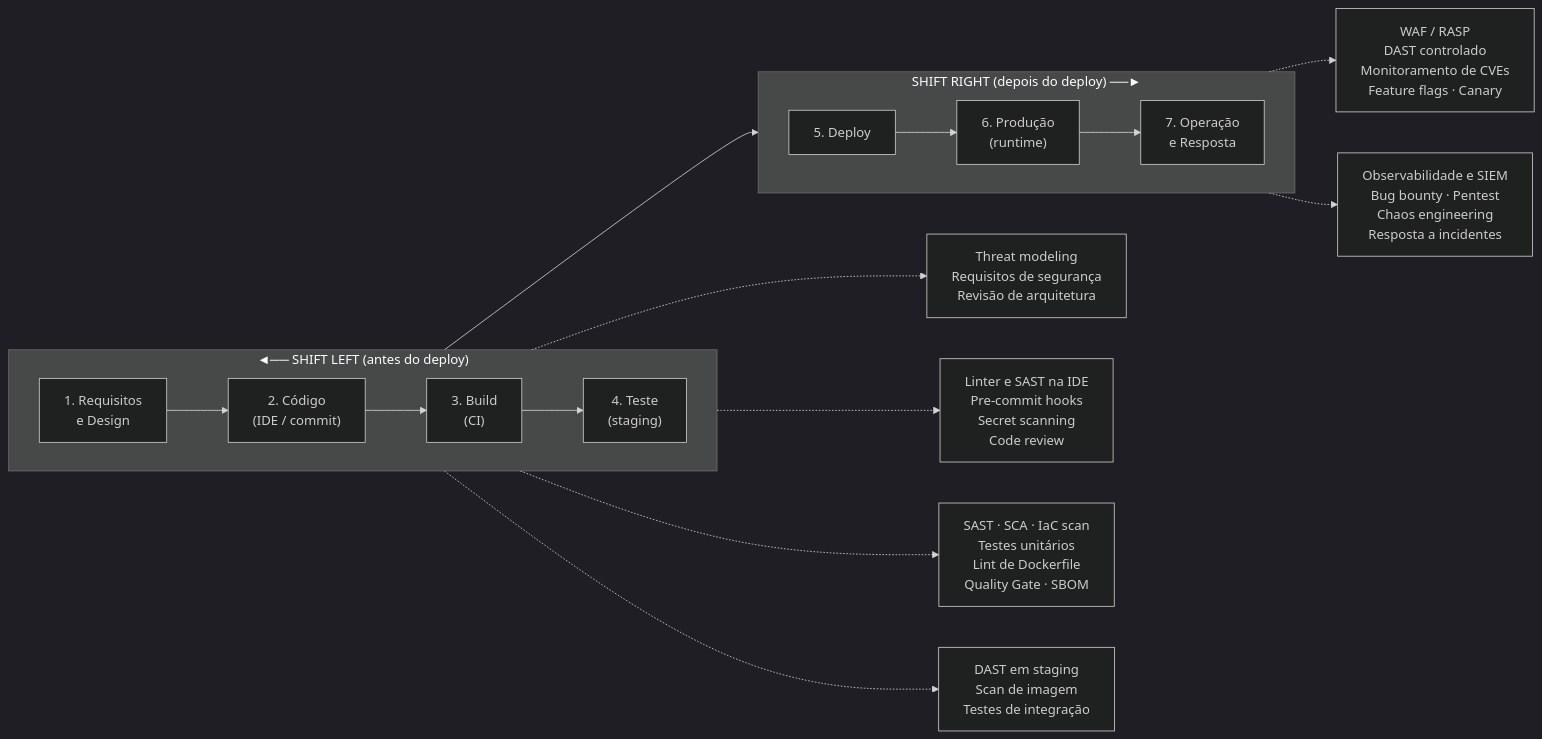
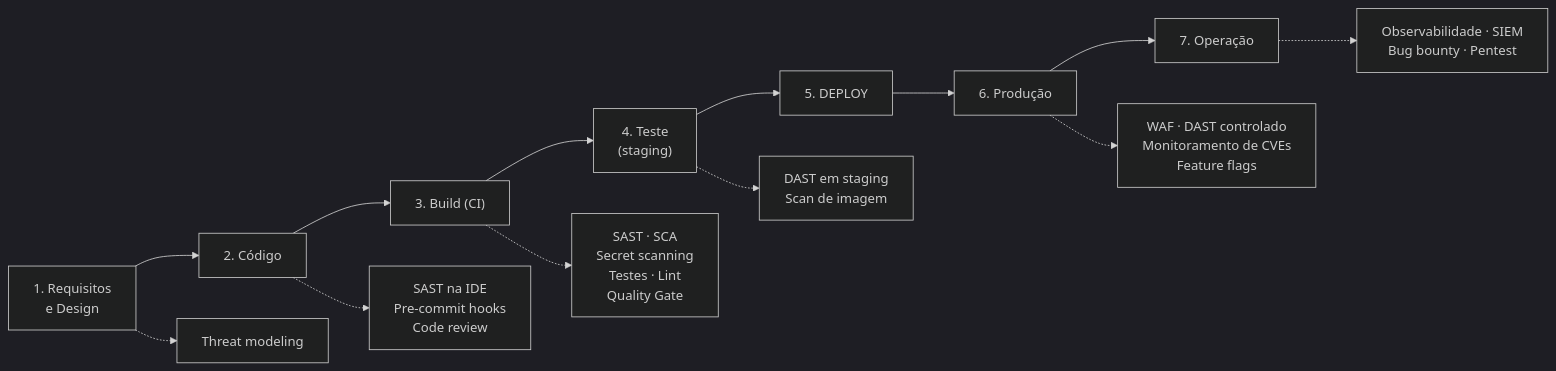
The diagram in docs/parte1-pesquisa-teorica.md (AnthonyViniciusMuller/banco-facil-api), drawn with Mermaid (dark theme) before and after one commit. The commit also changed other lines of this file and 2 other files, not shown here.

````diff
--- a/docs/parte1-pesquisa-teorica.md
+++ b/docs/parte1-pesquisa-teorica.md
@@ -19,22 +15,11 @@
 ```mermaid
 flowchart LR
-    subgraph SL["◄── SHIFT LEFT (antes do deploy)"]
-        direction LR
-        A["1. Requisitos<br/>e Design"] --> B["2. Código<br/>(IDE / commit)"]
-        B --> C["3. Build<br/>(CI)"]
-        C --> D["4. Teste<br/>(staging)"]
-    end
-    D --> E["5. Deploy"]
-    subgraph SR["SHIFT RIGHT (depois do deploy) ──►"]
-        direction LR
-        E --> F["6. Produção<br/>(runtime)"]
-        F --> G["7. Operação<br/>e Resposta"]
-    end
+    A["1. Requisitos<br/>e Design"] --> B["2. Código"] --> C["3. Build (CI)"] --> D["4. Teste<br/>(staging)"] --> E["5. DEPLOY"] --> F["6. Produção"] --> G["7. Operação"]
 
-    A -.-> A1["Threat modeling<br/>Requisitos de segurança<br/>Revisão de arquitetura"]
-    B -.-> B1["Linter e SAST na IDE<br/>Pre-commit hooks<br/>Secret scanning<br/>Code review"]
-    C -.-> C1["SAST · SCA · IaC scan<br/>Testes unitários<br/>Lint de Dockerfile<br/>Quality Gate · SBOM"]
-    D -.-> D1["DAST em staging<br/>Scan de imagem<br/>Testes de integração"]
-    F -.-> F1["WAF / RASP<br/>DAST controlado<br/>Monitoramento de CVEs<br/>Feature flags · Canary"]
-    G -.-> G1["Observabilidade e SIEM<br/>Bug bounty · Pentest<br/>Chaos engineering<br/>Resposta a incidentes"]
+    A -.-> A1["Threat modeling"]
+    B -.-> B1["SAST na IDE<br/>Pre-commit hooks<br/>Code review"]
+    C -.-> C1["SAST · SCA<br/>Secret scanning<br/>Testes · Lint<br/>Quality Gate"]
+    D -.-> D1["DAST em staging<br/>Scan de imagem"]
+    F -.-> F1["WAF · DAST controlado<br/>Monitoramento de CVEs<br/>Feature flags"]
+    G -.-> G1["Observabilidade · SIEM<br/>Bug bounty · Pentest"]
 ```
````
